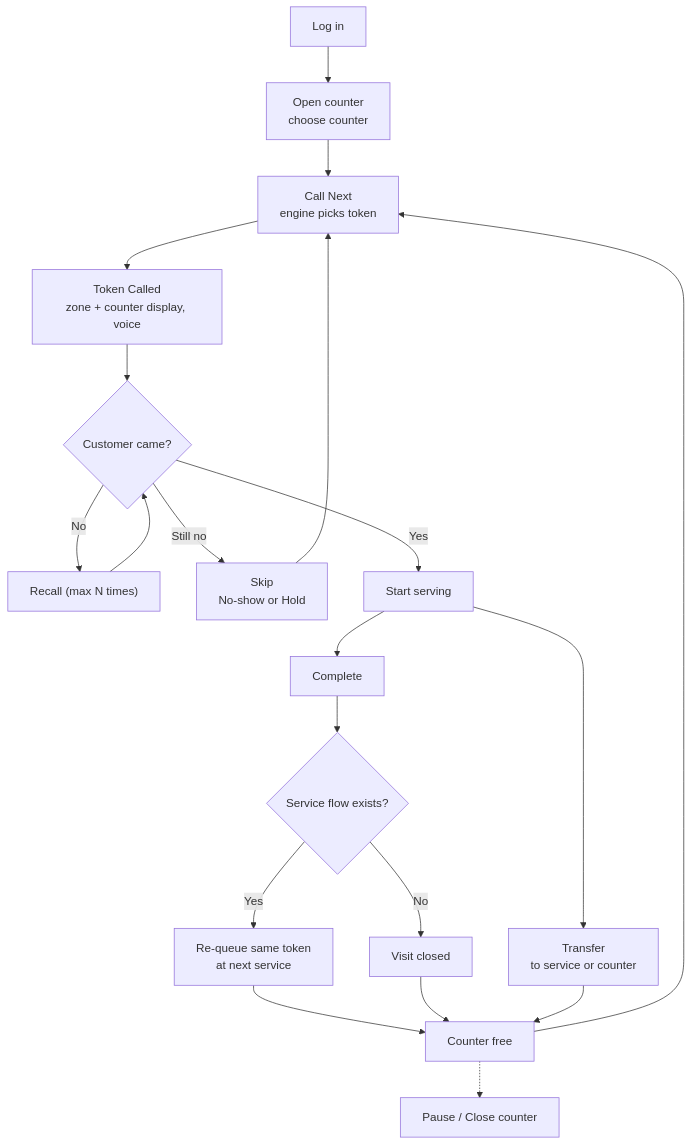
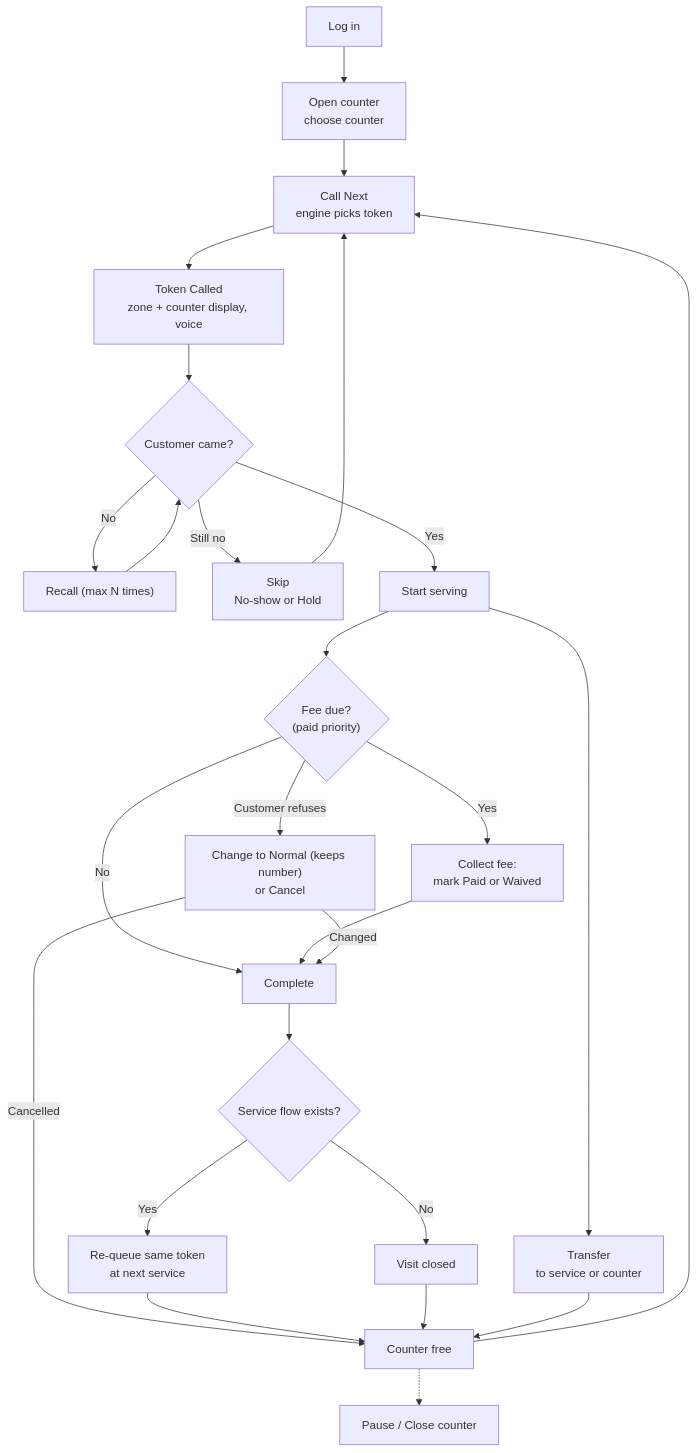
One commit to aruntalexanderdev/qms_qflow changed the fifth of 7 diagrams in docs/PROJECT_SPEC.md. Above: the diagram before and after it, drawn with Mermaid. The commit also changed other lines of this file and 24 other files, not shown here.

````diff
--- a/docs/PROJECT_SPEC.md
+++ b/docs/PROJECT_SPEC.md
@@ -229,19 +255,25 @@
 ```mermaid
 flowchart TD
   L["Log in"] --> O["Open counter<br/>choose counter"] --> N["Call Next<br/>engine picks token"]
   N --> CL["Token Called<br/>zone + counter display, voice"]
   CL --> Q{"Customer came?"}
   Q -- "No" --> R["Recall (max N times)"] --> Q
   Q -- "Still no" --> SK["Skip<br/>No-show or Hold"] --> N
   Q -- "Yes" --> ST["Start serving"]
-  ST --> CP["Complete"]
+  ST --> FD{"Fee due?<br/>(paid priority)"}
+  FD -- "No" --> CP["Complete"]
+  FD -- "Yes" --> FC["Collect fee:<br/>mark Paid or Waived"]
+  FC --> CP
+  FD -- "Customer refuses" --> RF["Change to Normal (keeps number)<br/>or Cancel"]
+  RF -- "Changed" --> CP
+  RF -- "Cancelled" --> FR
   ST --> TR["Transfer<br/>to service or counter"]
   CP --> F{"Service flow exists?"}
   F -- "Yes" --> RQ["Re-queue same token<br/>at next service"]
   F -- "No" --> CLS["Visit closed"]
   RQ --> FR["Counter free"]
   CLS --> FR
   TR --> FR
   FR --> N
   FR -.-> PA["Pause / Close counter"]
 ```
````
